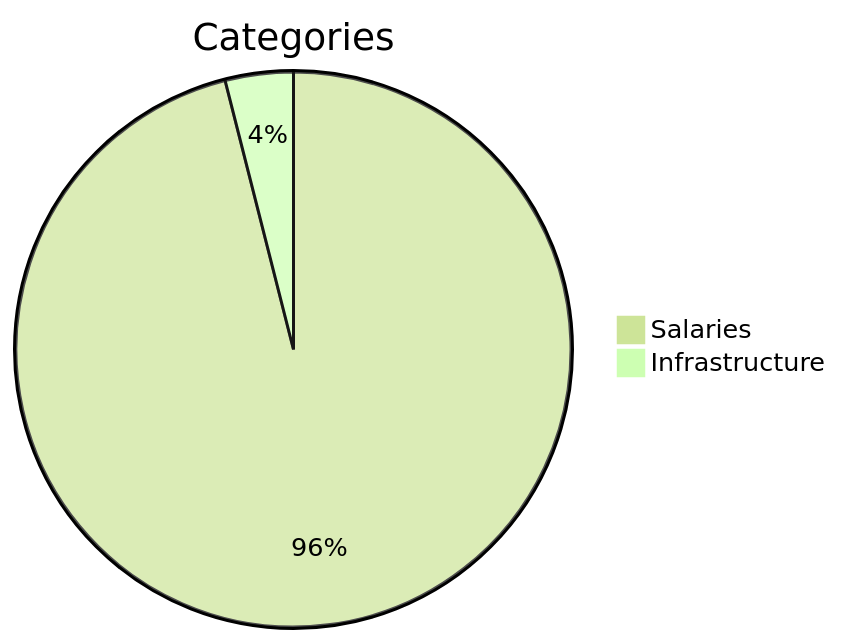
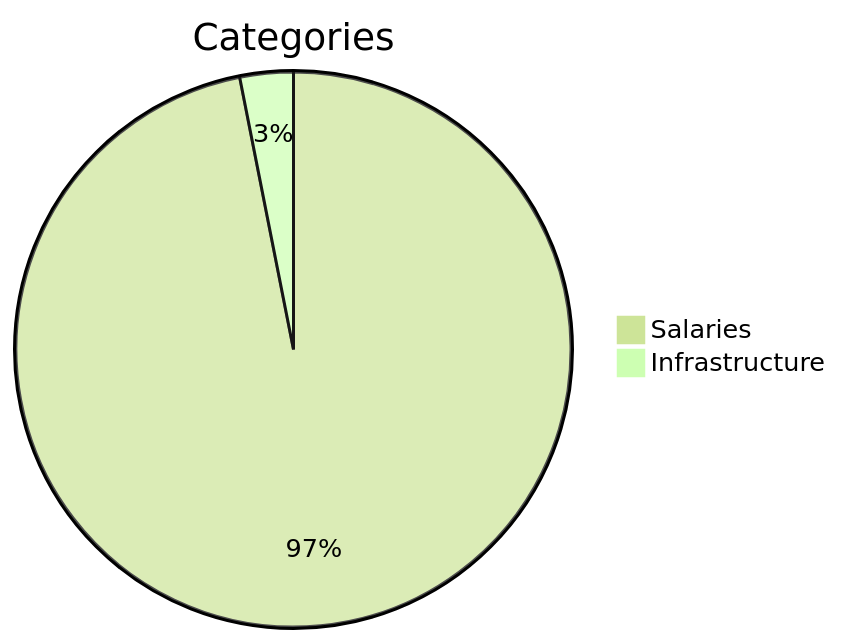
One commit to qubic/qct changed the first of 4 diagrams in financial-reports/2025-03-03-march-2025.md. Above: the diagram before and after it, drawn with Mermaid (forest theme). The commit also changed other lines of this file and 2 other files, not shown here.

Commit message:
Update pie graphics for categories Jan, Feb and Mar

````diff
--- a/financial-reports/2025-03-03-march-2025.md
+++ b/financial-reports/2025-03-03-march-2025.md
@@ -22,6 +22,6 @@
  ```mermaid
 pie title Categories
-"Salaries":96.03771272
-"Infrastructure":3.962287276
+"Salaries":96.8924986095503
+"Infrastructure":3.10750139044967
 
 ```
````
